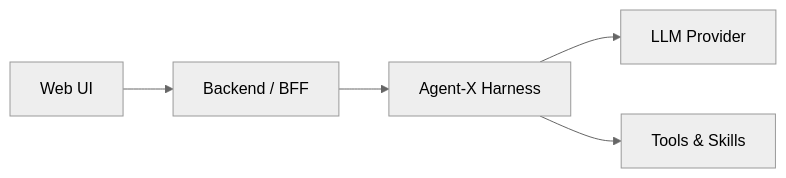
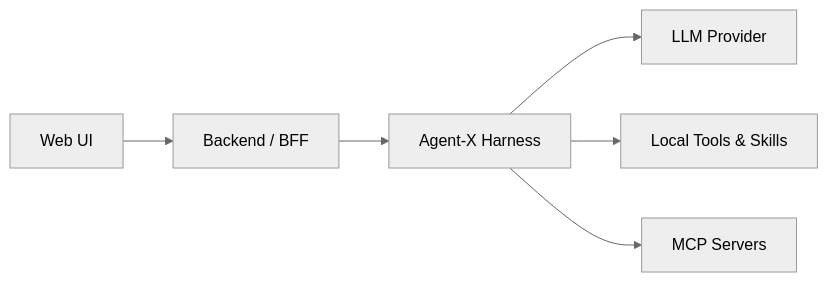
The diagram in README.md (wk4lt/Agent-X), drawn with Mermaid (neutral theme) before and after one commit. The commit also changed other lines of this file and 11 other files, not shown here.

````diff
--- a/README.md
+++ b/README.md
@@ -20,7 +21,8 @@
 ```mermaid
 flowchart LR
     UI["Web UI"] --> BFF["Backend / BFF"]
     BFF --> H["Agent-X Harness"]
     H --> LLM["LLM Provider"]
-    H --> Tools["Tools & Skills"]
+    H --> Tools["Local Tools & Skills"]
+    H --> MCP["MCP Servers"]
 ```
````
